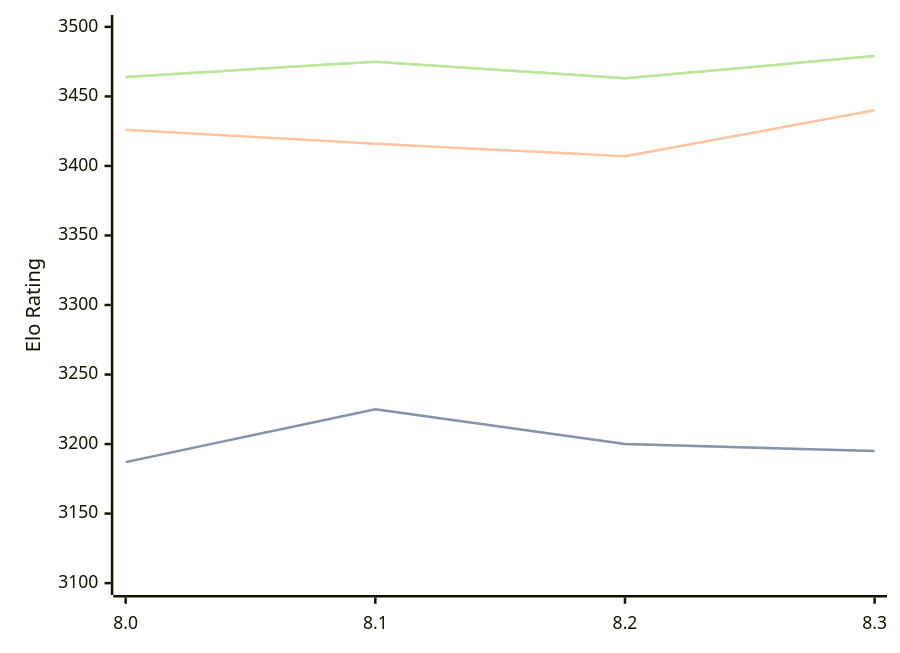
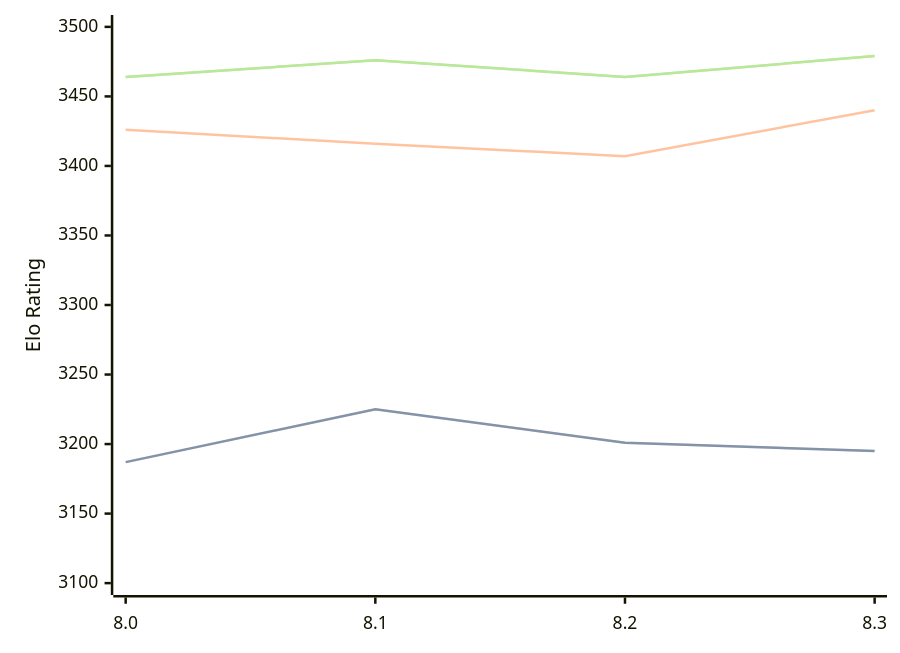
The diagram in engines/Alexander.md (computer-chess-index/cci), drawn with Mermaid before and after one commit. The commit also changed other lines of this file, not shown here.

Commit message:
Update CCI Ratings (ELO VLTC) - 2026-05-13

````diff
--- a/engines/Alexander.md
+++ b/engines/Alexander.md
@@ -48,11 +48,11 @@
 ```mermaid
 %%{init: {"theme":"base","themeVariables":{"seriesColors:['#a3a3a3','#222221','#faa371']}}}%%
 xychart-beta
   x-axis ["8.0", "8.1", "8.2", "8.3"]
   y-axis "Elo Rating" 3100 --> 3500
-  line "STC (8.0+0.08s)" [3187, 3225, 3200, 3195]
-  line "STC (8.0+0.08s)" [3187, 3225, 3200, 3195]
+  line "STC (8.0+0.08s)" [3187, 3225, 3201, 3195]
+  line "STC (8.0+0.08s)" [3187, 3225, 3201, 3195]
   line "LTC (60.0+0.60s)" [3426, 3416, 3407, 3440]
-  line "VLTC (2m24s+1.12s)" [3464, 3475, 3463, 3479]
-  line "VLTC (2m24s+1.12s)" [3464, 3475, 3463, 3479]
+  line "VLTC (2m24s+1.12s)" [3464, 3476, 3464, 3479]
+  line "VLTC (2m24s+1.12s)" [3464, 3476, 3464, 3479]
 ```
````
